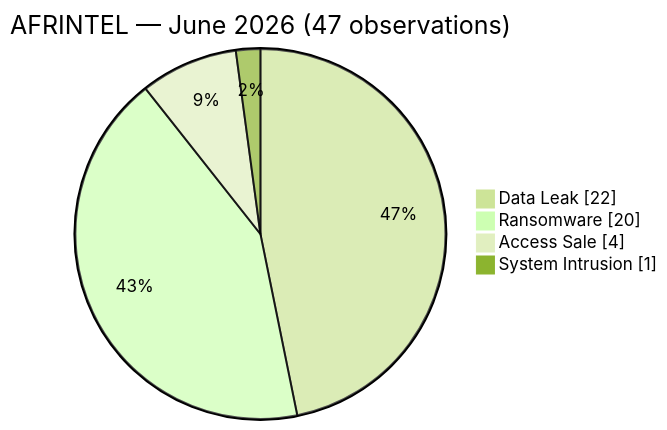
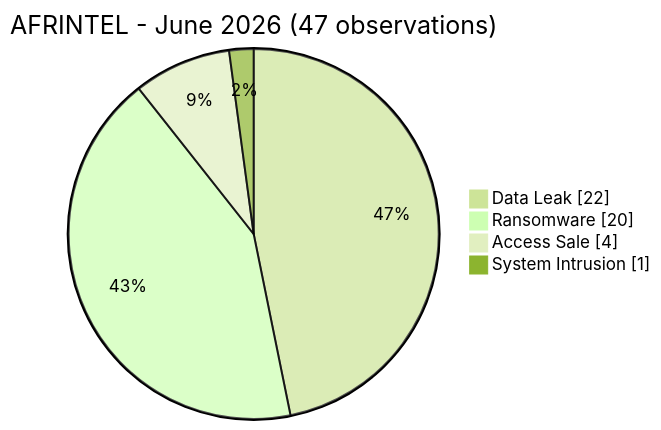
The diagram in CyberAttackAfrica/2026/06-june/README.md (Hatchepsoute/AFRINTEL), drawn with Mermaid (forest theme) before and after one commit. The commit also changed other lines of this file and 1034 other files, not shown here.

````diff
--- a/CyberAttackAfrica/2026/06-june/README.md
+++ b/CyberAttackAfrica/2026/06-june/README.md
@@ -88,8 +88,8 @@
 ```mermaid
 pie showData
-    title AFRINTEL — June 2026 (47 observations)
+    title AFRINTEL -  June 2026 (47 observations)
     "Data Leak" : 22
     "Ransomware" : 20
     "Access Sale" : 4
     "System Intrusion" : 1
 ```
````
